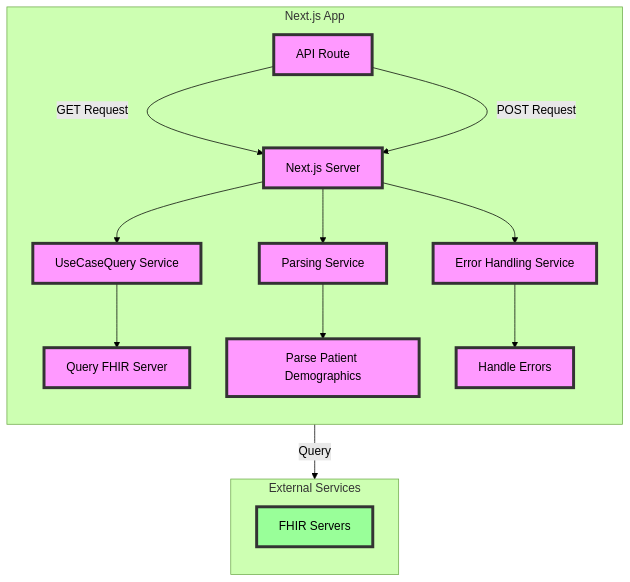
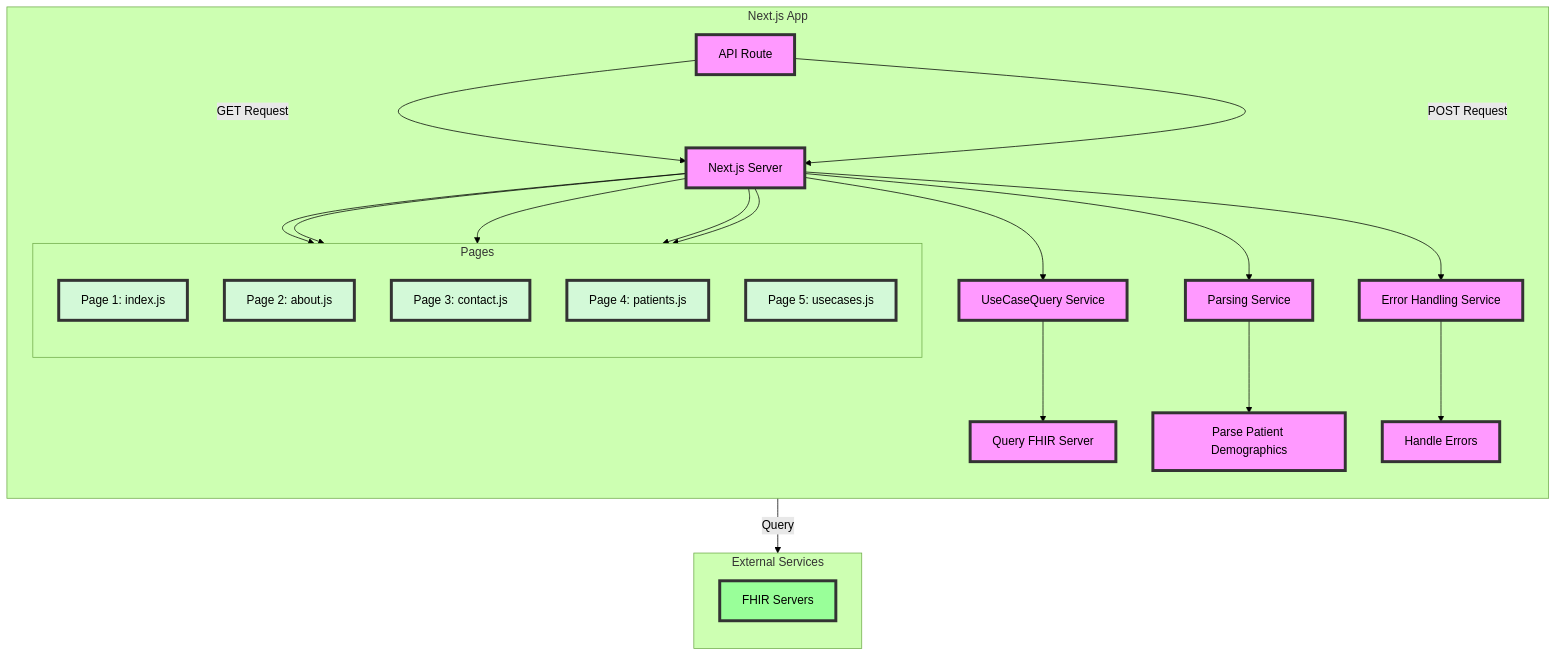
Before and after one commit to CDCgov/phdi: the diagram in containers/tefca-viewer/README.md, drawn with Mermaid (forest theme).

Commit message:
add architecture diagram to tefca

````diff
--- a/containers/tefca-viewer/README.md
+++ b/containers/tefca-viewer/README.md
@@ -56,31 +56,48 @@
 ```mermaid
 graph TD
   subgraph Next.js App
     direction TB
 
     A[API Route] -->|GET Request| B[Next.js Server]
     A[API Route] -->|POST Request| B[Next.js Server]
 
     B --> C[UseCaseQuery Service]
     B --> D[Parsing Service]
     B --> E[Error Handling Service]
 
     C --> F[Query FHIR Server]
     D --> G[Parse Patient Demographics]
     E --> H[Handle Errors]
+
+    subgraph Pages
+      direction TB
+      P1[Page 1: index.js]
+      P2[Page 2: about.js]
+      P3[Page 3: contact.js]
+      P4[Page 4: patients.js]
+      P5[Page 5: usecases.js]
+    end
+
+    B --> P1
+    B --> P2
+    B --> P3
+    B --> P4
+    B --> P5
   end
 
   subgraph External Services
     direction TB
     I[FHIR Servers]
   end
 
   F -->|Query| I
 
   %% Legends
   classDef next fill:#f9f,stroke:#333,stroke-width:4px,color:#000;
+  classDef pages fill:#d3f9d8,stroke:#333,stroke-width:4px,color:#000;
   classDef external fill:#9f9,stroke:#333,stroke-width:4px,color:#000;
 
   class A,B,C,D,E,F,G,H next;
+  class P1,P2,P3,P4,P5 pages;
   class I external;
 ```
````
